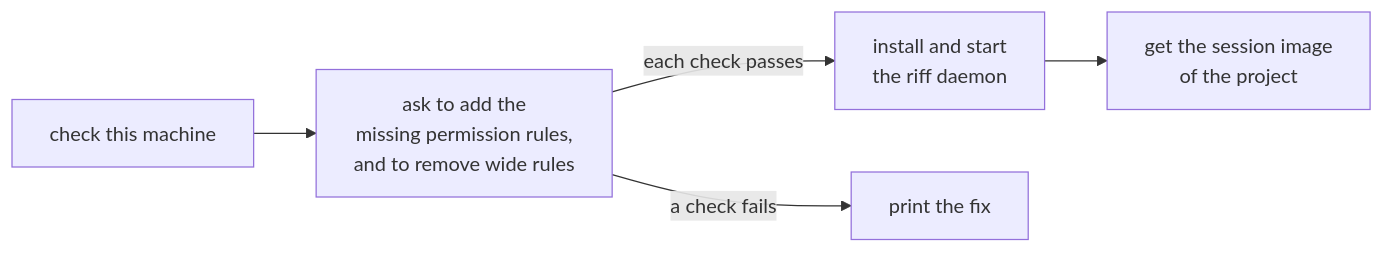
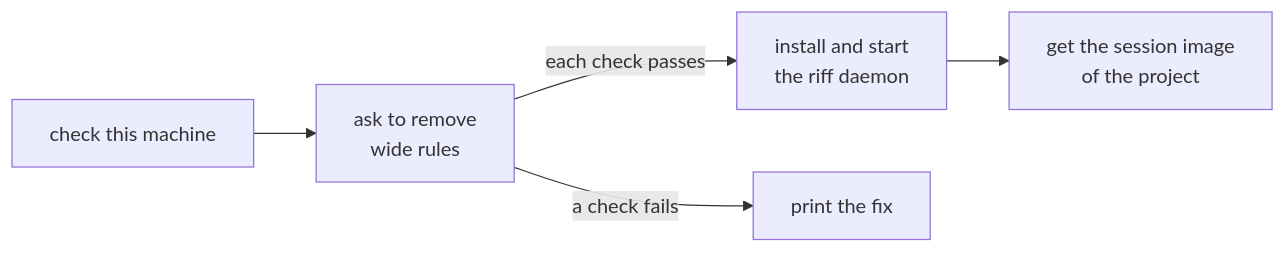
One commit to como-technologies/riff changed the second of 2 diagrams in docs/src/start-a-riff.md. Above: the diagram before and after it, drawn with Mermaid. The commit also changed other lines of this file and 15 other files, not shown here.

First line of the commit message:
riff 4.0 slice 4: the user place of the permission rules goes (#1201)

````diff
--- a/docs/src/start-a-riff.md
+++ b/docs/src/start-a-riff.md
@@ -177,7 +175,7 @@
 ```mermaid
 flowchart LR
-    C["check this machine"] --> R["ask to add the<br/>missing permission rules,<br/>and to remove wide rules"]
+    C["check this machine"] --> R["ask to remove<br/>wide rules"]
     R -- "each check passes" --> D["install and start<br/>the riff daemon"]
     R -- "a check fails" --> F["print the fix"]
     D --> I["get the session image<br/>of the project"]
 ```
````
